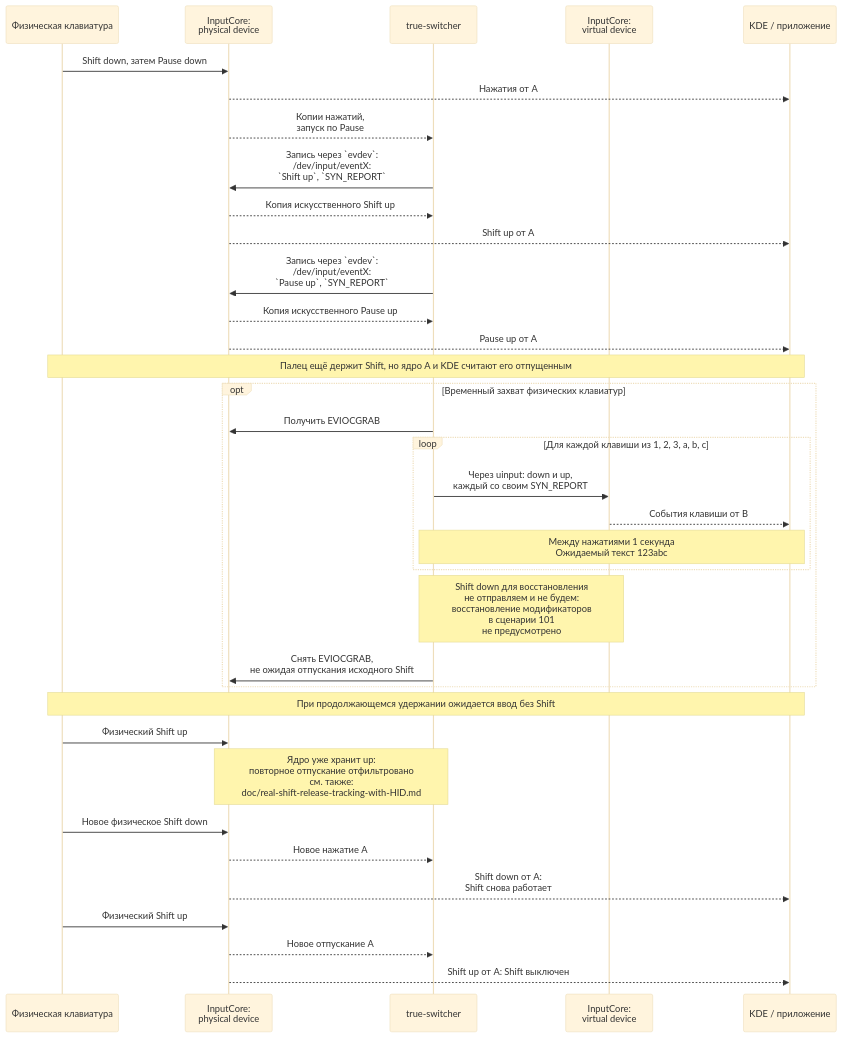
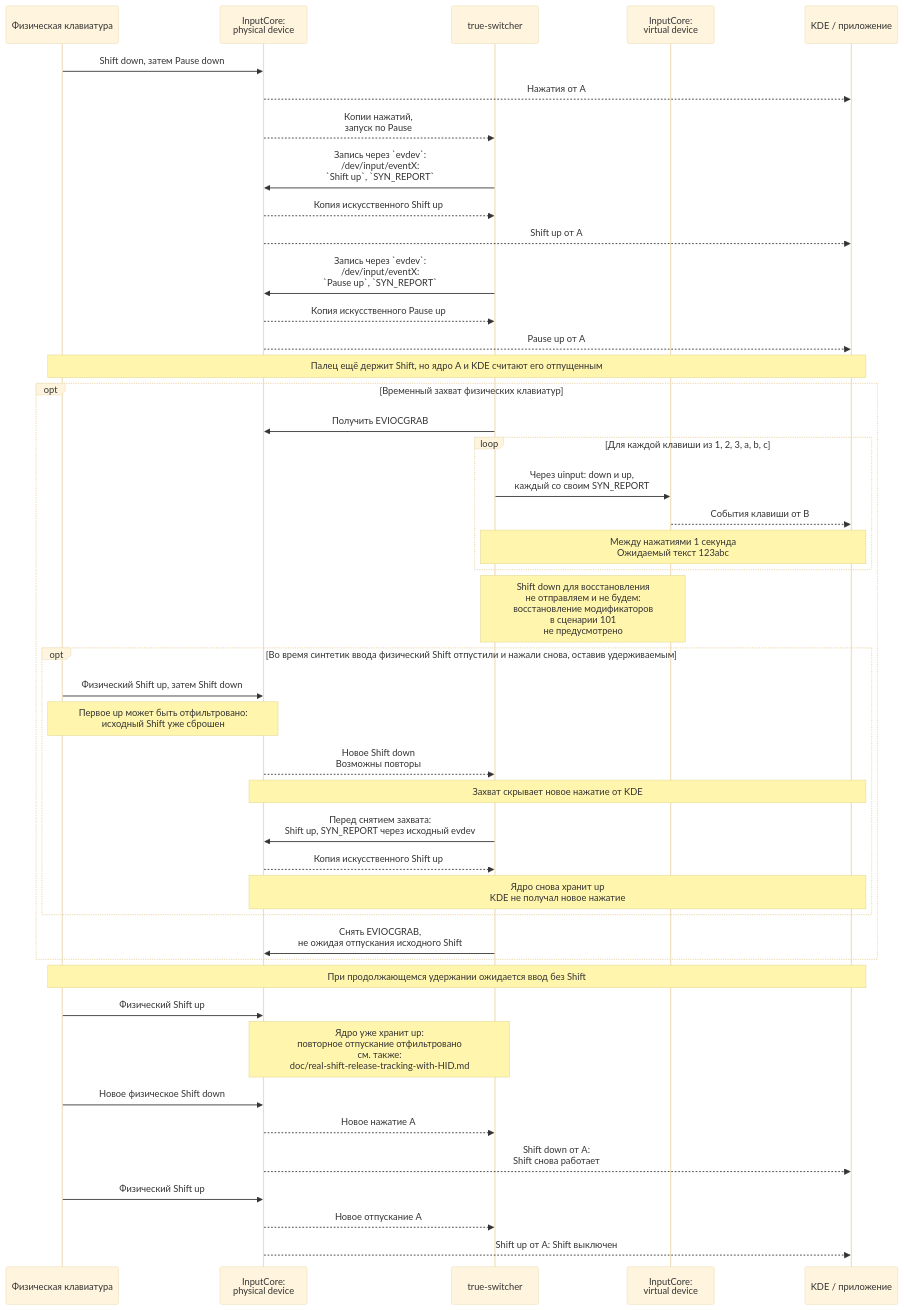
The diagram in doc/tasks/101.md (RugnarLodbrok/true-switcher), drawn with Mermaid (base theme) before and after one commit. The commit also changed other lines of this file, not shown here.

````diff
--- a/doc/tasks/101.md
+++ b/doc/tasks/101.md
@@ -57,43 +56,52 @@
 ```mermaid
 sequenceDiagram
     participant P as Физическая клавиатура
     participant A as InputCore:<br/>physical device
     participant S as true-switcher
     participant B as InputCore:<br/>virtual device
     participant K as KDE / приложение
 
     P->>A: Shift down, затем Pause down
     A-->>K: Нажатия от A
     A-->>S: Копии нажатий,<br/>запуск по Pause
 
     S->>A: Запись через `evdev`:<br/>/dev/input/eventX:<br/>`Shift up`, `SYN_REPORT`
     A-->>S: Копия искусственного Shift up
     A-->>K: Shift up от A
     S->>A: Запись через `evdev`:<br/>/dev/input/eventX:<br/>`Pause up`, `SYN_REPORT`
     A-->>S: Копия искусственного Pause up
     A-->>K: Pause up от A
     Note over P,K: Палец ещё держит Shift, но ядро A и KDE считают его отпущенным
 
     opt Временный захват физических клавиатур
         S->>A: Получить EVIOCGRAB
 
         loop Для каждой клавиши из 1, 2, 3, a, b, c
             S->>B: Через uinput: down и up,<br/>каждый со своим SYN_REPORT
             B-->>K: События клавиши от B
             Note over S,K: Между нажатиями 1 секунда<br/>Ожидаемый текст 123abc
         end
 
         Note over S,B: Shift down для восстановления<br/>не отправляем и не будем:<br/>восстановление модификаторов<br/>в сценарии 101<br/>не предусмотрено
+        opt Во время синтетик ввода физический Shift отпустили и нажали снова, оставив удерживаемым
+            P->>A: Физический Shift up, затем Shift down
+            Note over P,A: Первое up может быть отфильтровано:<br/>исходный Shift уже сброшен
+            A-->>S: Новое Shift down<br/>Возможны повторы
+            Note over A,K: Захват скрывает новое нажатие от KDE
+            S->>A: Перед снятием захвата:<br/>Shift up, SYN_REPORT через исходный evdev
+            A-->>S: Копия искусственного Shift up
+            Note over A,K: Ядро снова хранит up<br/>KDE не получал новое нажатие
+        end
         S->>A: Снять EVIOCGRAB,<br/>не ожидая отпускания исходного Shift
     end
 
     Note over P,K: При продолжающемся удержании ожидается ввод без Shift
     P->>A: Физический Shift up
     Note over A,S: Ядро уже хранит up:<br/>повторное отпускание отфильтровано<br/>см. также:<br/>doc/real-shift-release-tracking-with-HID.md
     P->>A: Новое физическое Shift down
     A-->>S: Новое нажатие A
     A-->>K: Shift down от A:<br/>Shift снова работает
     P->>A: Физический Shift up
     A-->>S: Новое отпускание A
     A-->>K: Shift up от A: Shift выключен
 ```
````
